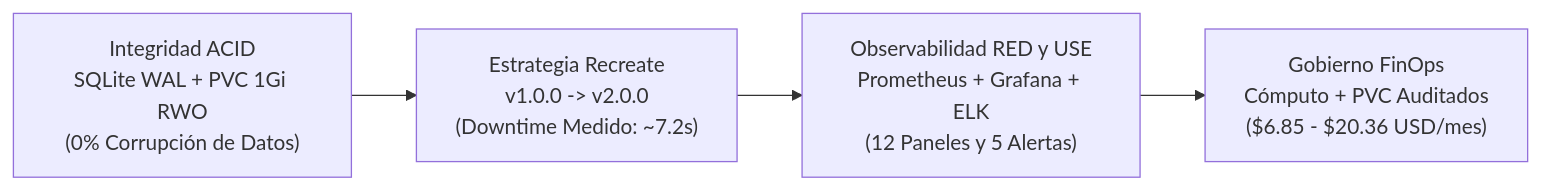
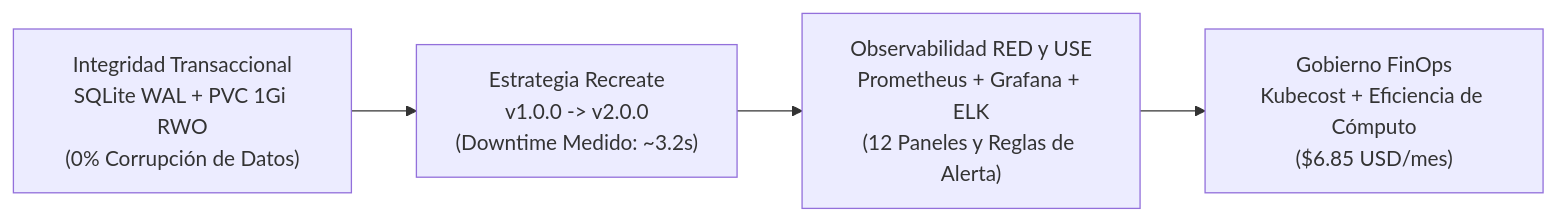
Before and after one commit to Esteban-GV/MareaDulce_Recreate: the diagram in docs/executive-summary.md, drawn with Mermaid. The commit also changed other lines of this file and 138 other files, not shown here.

Commit message:
feat(docs): migrate documentation, platform and architecture to Marea Dulce Recreate deployment

````diff
--- a/docs/executive-summary.md
+++ b/docs/executive-summary.md
@@ -15,6 +16,6 @@
 ```mermaid
 flowchart LR
-    A["Integridad ACID\nSQLite WAL + PVC 1Gi RWO\n(0% Corrupción de Datos)"] --> B["Estrategia Recreate\nv1.0.0 -> v2.0.0\n(Downtime Medido: ~7.2s)"]
-    B --> C["Observabilidad RED y USE\nPrometheus + Grafana + ELK\n(12 Paneles y 5 Alertas)"]
-    C --> D["Gobierno FinOps\nCómputo + PVC Auditados\n($6.85 - $20.36 USD/mes)"]
+    A["Integridad Transaccional\nSQLite WAL + PVC 1Gi RWO\n(0% Corrupción de Datos)"] --> B["Estrategia Recreate\nv1.0.0 -> v2.0.0\n(Downtime Medido: ~3.2s)"]
+    B --> C["Observabilidad RED y USE\nPrometheus + Grafana + ELK\n(12 Paneles y Reglas de Alerta)"]
+    C --> D["Gobierno FinOps\nKubecost + Eficiencia de Cómputo\n($6.85 USD/mes)"]
 ```
````
